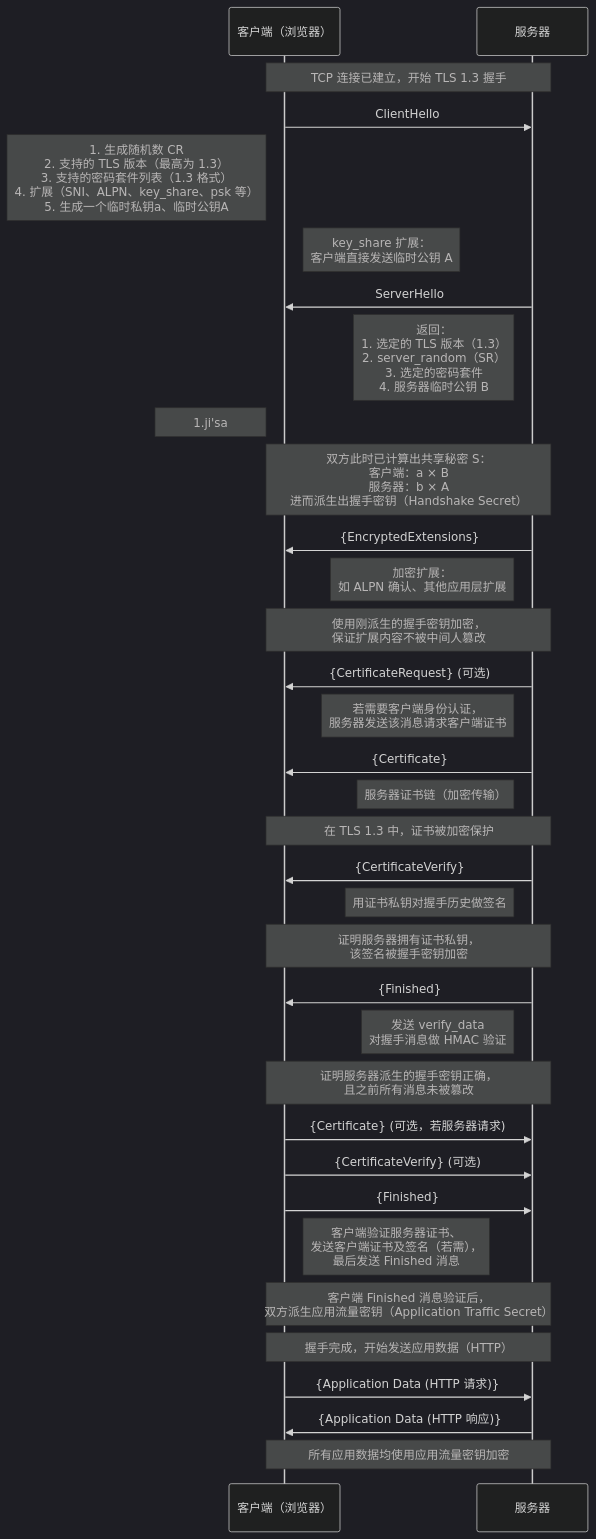
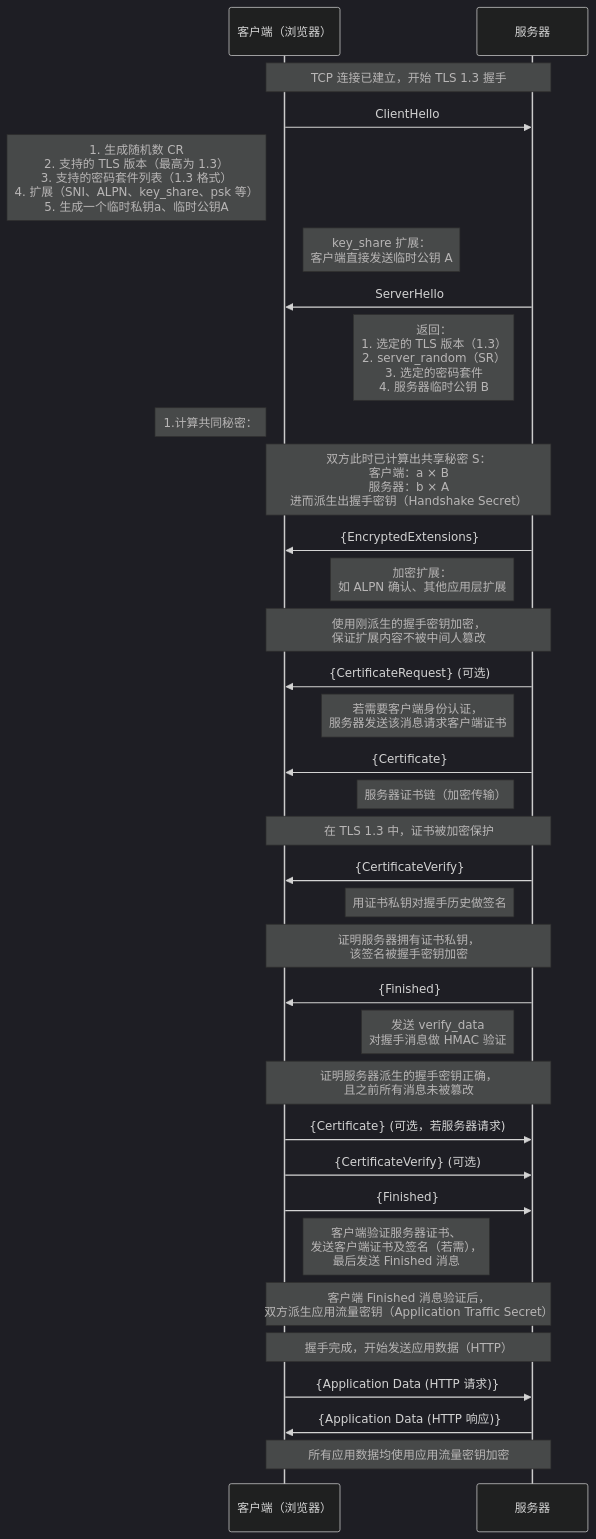
One commit to HY-10-8/iodraw-files changed the diagram in all/TLS-1.3.md. Above: the diagram before and after it, drawn with Mermaid (dark theme).

Commit message:
2026-03-30 17:48:10 update

````diff
--- a/all/TLS-1.3.md
+++ b/all/TLS-1.3.md
@@ -1,47 +1,47 @@
 ```mermaid
 sequenceDiagram
     participant C as 客户端（浏览器）
     participant S as 服务器
 
     Note over C,S: TCP 连接已建立，开始 TLS 1.3 握手
 
     C->>S: ClientHello
     Note left of C: 1. 生成随机数 CR<br/> 2. 支持的 TLS 版本（最高为 1.3）<br/> 3. 支持的密码套件列表（1.3 格式）<br/> 4. 扩展（SNI、ALPN、key_share、psk 等）<br/> 5. 生成一个临时私钥a、临时公钥A
     Note right of C: key_share 扩展：<br/> 客户端直接发送临时公钥 A
 
     S->>C: ServerHello
     Note left of S: 返回：<br/> 1. 选定的 TLS 版本（1.3）<br/> 2. server_random（SR）<br/> 3. 选定的密码套件<br/> 4. 服务器临时公钥 B
-    Note left of C: 1.ji'sa
+    Note left of C: 1.计算共同秘密：
     Note over C,S: 双方此时已计算出共享秘密 S：<br/> 客户端：a × B<br/> 服务器：b × A<br/> 进而派生出握手密钥（Handshake Secret）
 
     S->>C: {EncryptedExtensions}
     Note left of S: 加密扩展：<br/> 如 ALPN 确认、其他应用层扩展
     Note over C,S: 使用刚派生的握手密钥加密，<br/> 保证扩展内容不被中间人篡改
 
     S->>C: {CertificateRequest} (可选)
     Note left of S: 若需要客户端身份认证，<br/> 服务器发送该消息请求客户端证书
 
     S->>C: {Certificate}
     Note left of S: 服务器证书链（加密传输）
     Note over C,S: 在 TLS 1.3 中，证书被加密保护
 
     S->>C: {CertificateVerify}
     Note left of S: 用证书私钥对握手历史做签名
     Note over C,S: 证明服务器拥有证书私钥，<br/> 该签名被握手密钥加密
 
     S->>C: {Finished}
     Note left of S: 发送 verify_data<br/> 对握手消息做 HMAC 验证
     Note over C,S: 证明服务器派生的握手密钥正确，<br/> 且之前所有消息未被篡改
 
     C->>S: {Certificate} (可选，若服务器请求)
     C->>S: {CertificateVerify} (可选)
     C->>S: {Finished}
     Note right of C: 客户端验证服务器证书、<br/> 发送客户端证书及签名（若需），<br/> 最后发送 Finished 消息
     Note over C,S: 客户端 Finished 消息验证后，<br/> 双方派生应用流量密钥（Application Traffic Secret）
 
     Note over C,S: 握手完成，开始发送应用数据（HTTP）
 
     C->>S: {Application Data (HTTP 请求)}
     S->>C: {Application Data (HTTP 响应)}
     Note over C,S: 所有应用数据均使用应用流量密钥加密
 ```
````
